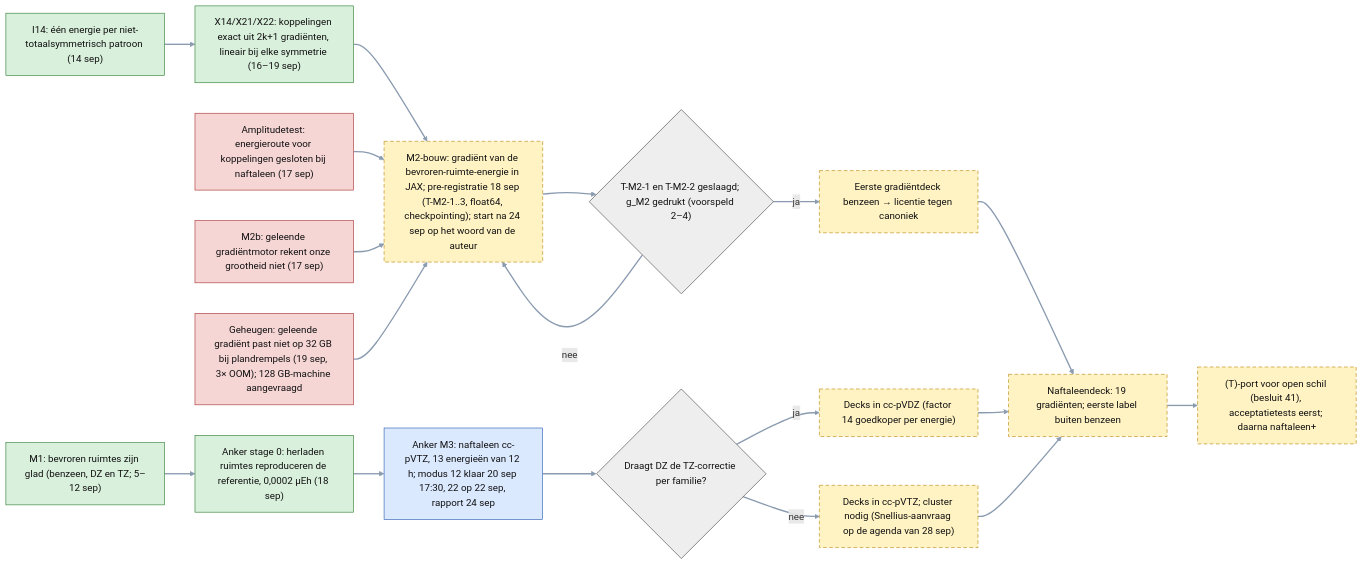
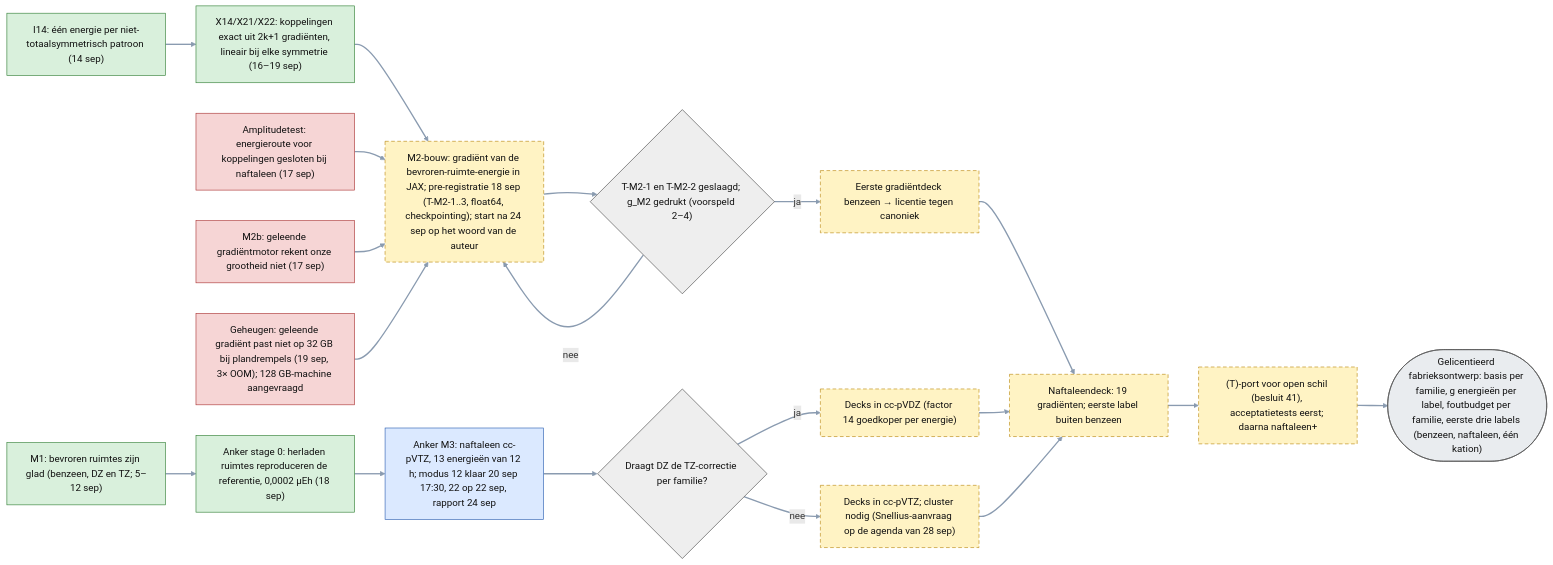
Before and after one commit to thebreadishard/udacity-capstone-plan: the diagram in plans/05_delta-probed-ir-pipeline/GoalGathering/architecture/10_onderzoeksproces_labelfabriek.mmd, drawn with Mermaid. The commit also changed 1 other file, not shown here.

Commit message:
Plan 05 architecture: research sheet 1 ends in an object — 'Gelicentieerd fabrieksontwerp: basis per familie, g energieën per label, foutbudget per familie, eerste drie labels'; header says the sheet yields the licensed design with the first labels as proof, not the label set (that is sheet 4); rendered locally

```diff
--- a/plans/05_delta-probed-ir-pipeline/GoalGathering/architecture/10_onderzoeksproces_labelfabriek.mmd
+++ b/plans/05_delta-probed-ir-pipeline/GoalGathering/architecture/10_onderzoeksproces_labelfabriek.mmd
@@ -1,40 +1,42 @@
-%% Onderzoeksproces — de labelfabriek (in het voorstel: pipeline B): de toetsen die beslissen of de doelarchitectuur van blad 4 er komt. Stand 20 september 2026.
+%% Onderzoeksproces — de labelfabriek (in het voorstel: pipeline B): de toetsen die beslissen of de doelarchitectuur van blad 4 er komt; het eindobject is het gelicentieerde fabrieksontwerp met de eerste labels als bewijs, niet de labelset (die maakt blad 4). Stand 20 september 2026.
 %% Dit blad mag data en besluiten bevatten. Groen = geslaagd; blauw = loopt; gestippeld = nog te doen; rood = mislukt en gesloten.
 flowchart LR
   linkStyle default stroke:#8a9bb0,stroke-width:2.2px
   classDef done fill:#d9f0dc,stroke:#2e7d32,color:#111
   classDef running fill:#dbe9ff,stroke:#2a5db0,color:#111
   classDef todo stroke-dasharray: 6 4,stroke:#b8860b,fill:#fff3c4,color:#111
   classDef closed fill:#f6d5d5,stroke:#a33,color:#111
   classDef dec fill:#eee,stroke:#444,color:#111
+  classDef data fill:#e9ecef,stroke:#555,color:#111
 
   M1["M1: bevroren ruimtes zijn glad (benzeen, DZ en TZ; 5–12 sep)"]:::done
   I14["I14: één energie per niet-totaalsymmetrisch patroon (14 sep)"]:::done
   X14["X14/X21/X22: koppelingen exact uit 2k+1 gradiënten, lineair bij elke symmetrie (16–19 sep)"]:::done
   AMP["Amplitudetest: energieroute voor koppelingen gesloten bij naftaleen (17 sep)"]:::closed
   M2B["M2b: geleende gradiëntmotor rekent onze grootheid niet (17 sep)"]:::closed
   ST0["Anker stage 0: herladen ruimtes reproduceren de referentie, 0,0002 µEh (18 sep)"]:::done
   ANCH["Anker M3: naftaleen cc-pVTZ, 13 energieën van 12 h; modus 12 klaar 20 sep 17:30, 22 op 22 sep, rapport 24 sep"]:::running
   D1{"Draagt DZ de TZ-correctie per familie?"}:::dec
   CHEAP["Decks in cc-pVDZ (factor 14 goedkoper per energie)"]:::todo
   TZ["Decks in cc-pVTZ; cluster nodig (Snellius-aanvraag op de agenda van 28 sep)"]:::todo
   M2["M2-bouw: gradiënt van de bevroren-ruimte-energie in JAX; pre-registratie 18 sep (T-M2-1..3, float64, checkpointing); start na 24 sep op het woord van de auteur"]:::todo
   D2{"T-M2-1 en T-M2-2 geslaagd; g_M2 gedrukt (voorspeld 2–4)"}:::dec
   DECK1["Eerste gradiëntdeck benzeen → licentie tegen canoniek"]:::todo
   DECK2["Naftaleendeck: 19 gradiënten; eerste label buiten benzeen"]:::todo
   TPORT["(T)-port voor open schil (besluit 41), acceptatietests eerst; daarna naftaleen+"]:::todo
   MEM["Geheugen: geleende gradiënt past niet op 32 GB bij plandrempels (19 sep, 3× OOM); 128 GB-machine aangevraagd"]:::closed
+  OUT(["Gelicentieerd fabrieksontwerp: basis per familie, g energieën per label, foutbudget per familie, eerste drie labels (benzeen, naftaleen, één kation)"]):::data
 
   M1 --> ST0 --> ANCH --> D1
   D1 -- ja --> CHEAP
   D1 -- nee --> TZ
   I14 --> X14 --> M2
   AMP --> M2
   M2B --> M2
   MEM --> M2
   M2 --> D2
   D2 -- ja --> DECK1 --> DECK2
   D2 -- nee --> M2
   CHEAP --> DECK2
   TZ --> DECK2
-  DECK2 --> TPORT
+  DECK2 --> TPORT --> OUT
```
